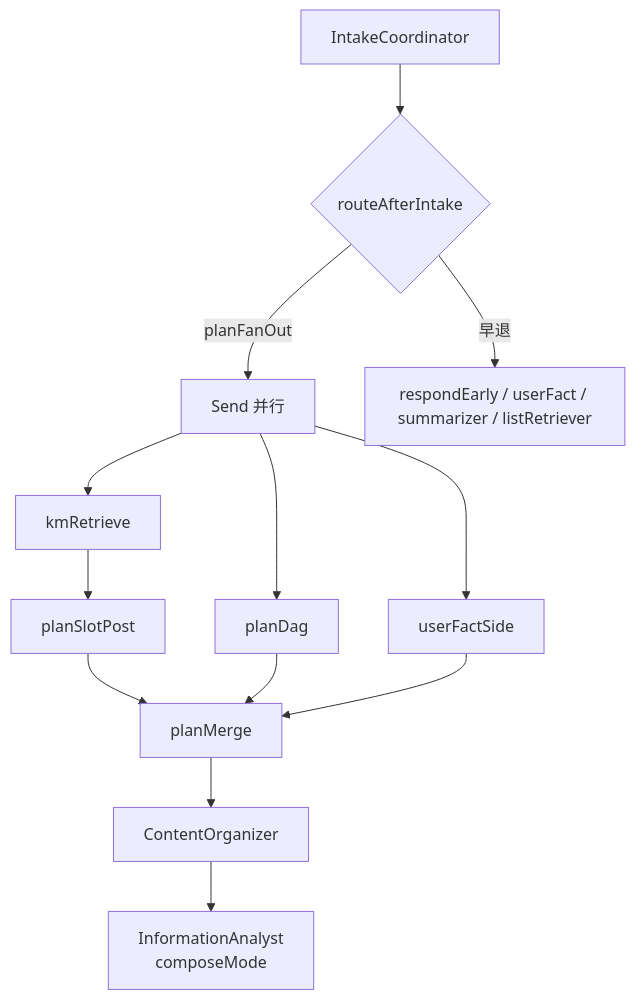
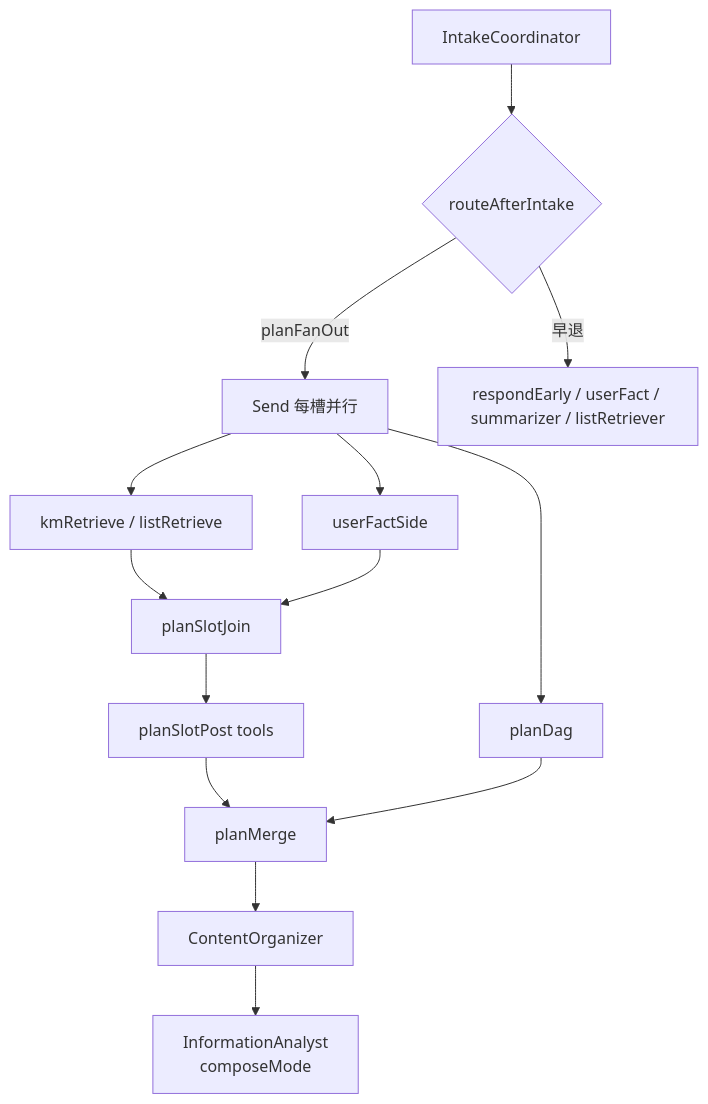
Before and after one commit to panzhanfei/agent: the fourth of 4 diagrams in docs/05-architecture-v2-tool-orchestration.md, drawn with Mermaid. The commit also changed other lines of this file and 25 other files, not shown here.

Commit message:
更改 架构 从km/list多槽节点里面并行，改为每槽send图形并行，主要原因 fc不通过时候重检决定改动架构设计

````diff
--- a/docs/05-architecture-v2-tool-orchestration.md
+++ b/docs/05-architecture-v2-tool-orchestration.md
@@ -308,15 +307,16 @@
 ```mermaid
 flowchart TD
   IC[IntakeCoordinator] --> R{routeAfterIntake}
-  R -->|planFanOut| S[Send 并行]
-  S --> PS[kmRetrieve]
+  R -->|planFanOut| S[Send 每槽并行]
+  S --> PS[kmRetrieve / listRetrieve]
   S --> PD[planDag]
   S --> UF[userFactSide]
-  PS --> POST[planSlotPost]
+  PS --> JOIN[planSlotJoin]
+  UF --> JOIN
+  JOIN --> POST[planSlotPost tools]
   POST --> M[planMerge]
   PD --> M
-  UF --> M
   R -->|早退| EARLY[respondEarly / userFact / summarizer / listRetriever]
   M --> CO[ContentOrganizer]
   CO --> IA[InformationAnalyst<br/>composeMode]
 ```
````
